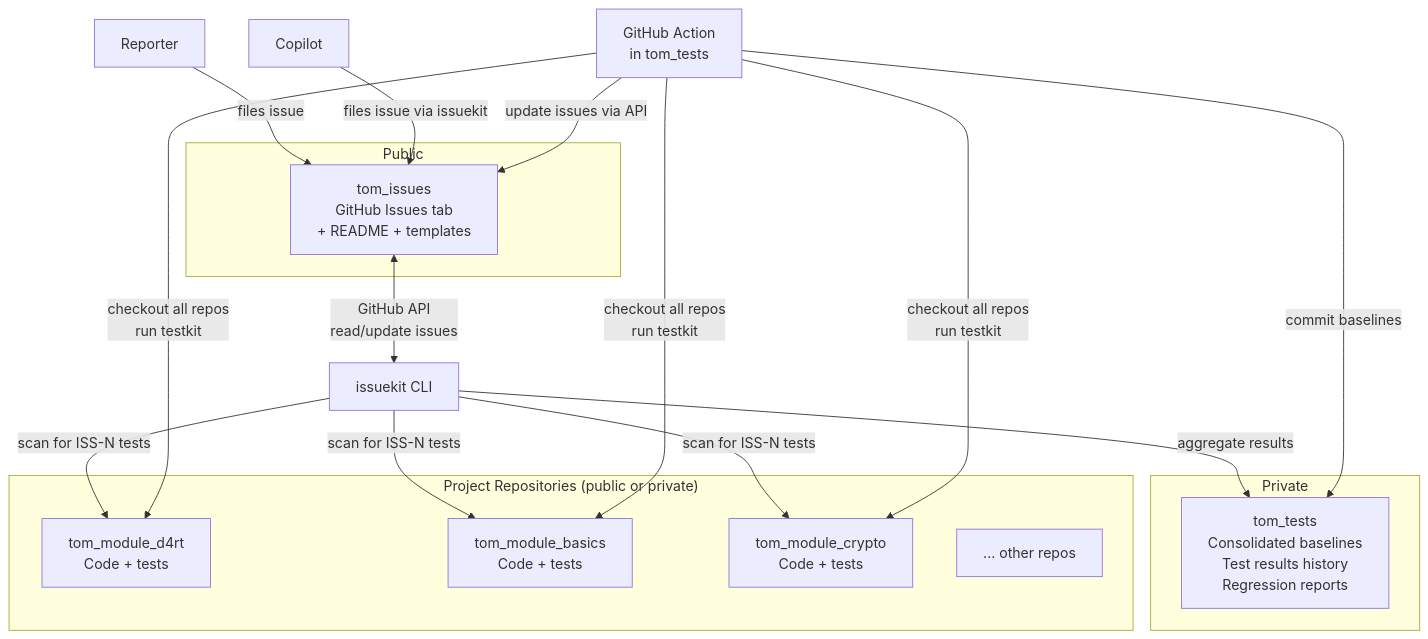
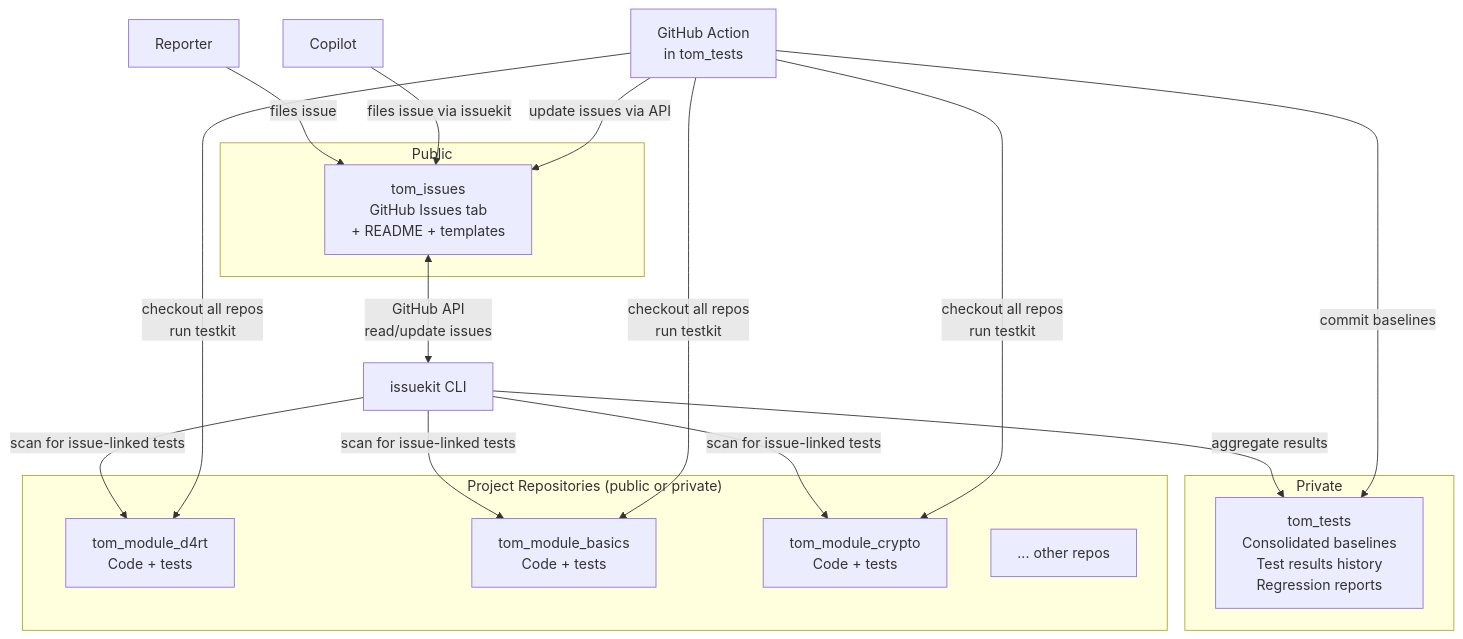
The first of 7 diagrams in tom_issue_kit/doc/issue_tracking.md (al-the-bear/tom_module_basics), drawn with Mermaid before and after one commit. The commit also changed other lines of this file, not shown here.

Commit message:
docs: rewrite ID scheme — drop ISS- prefix, shorter project IDs, test promotion, stub detection

````diff
--- a/tom_issue_kit/doc/issue_tracking.md
+++ b/tom_issue_kit/doc/issue_tracking.md
@@ -76,34 +76,34 @@
 ```mermaid
 graph TB
     subgraph "Public"
         TI["tom_issues<br/>GitHub Issues tab<br/>+ README + templates"]
     end
 
     subgraph "Private"
         TT["tom_tests<br/>Consolidated baselines<br/>Test results history<br/>Regression reports"]
     end
 
     subgraph "Project Repositories (public or private)"
         P1["tom_module_d4rt<br/>Code + tests"]
         P2["tom_module_basics<br/>Code + tests"]
         P3["tom_module_crypto<br/>Code + tests"]
         PN["... other repos"]
     end
 
     Reporter -->|files issue| TI
     Copilot -->|"files issue via issuekit"| TI
 
     IK["issuekit CLI"]
 
     TI <-->|"GitHub API<br/>read/update issues"| IK
-    IK -->|"scan for ISS-N tests"| P1
-    IK -->|"scan for ISS-N tests"| P2
-    IK -->|"scan for ISS-N tests"| P3
+    IK -->|"scan for issue-linked tests"| P1
+    IK -->|"scan for issue-linked tests"| P2
+    IK -->|"scan for issue-linked tests"| P3
     IK -->|aggregate results| TT
 
     GA["GitHub Action<br/>in tom_tests"] -->|"checkout all repos<br/>run testkit"| P1
     GA -->|"checkout all repos<br/>run testkit"| P2
     GA -->|"checkout all repos<br/>run testkit"| P3
     GA -->|commit baselines| TT
     GA -->|"update issues via API"| TI
 ```
````
